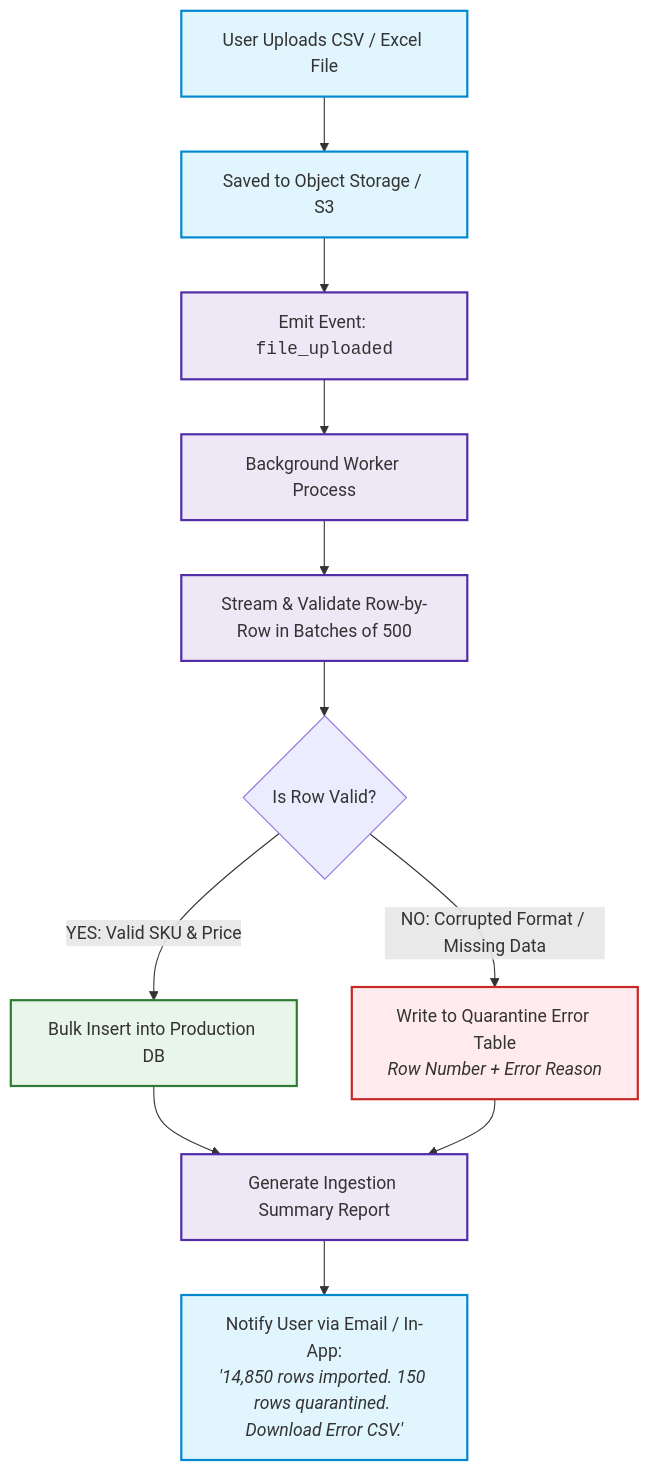
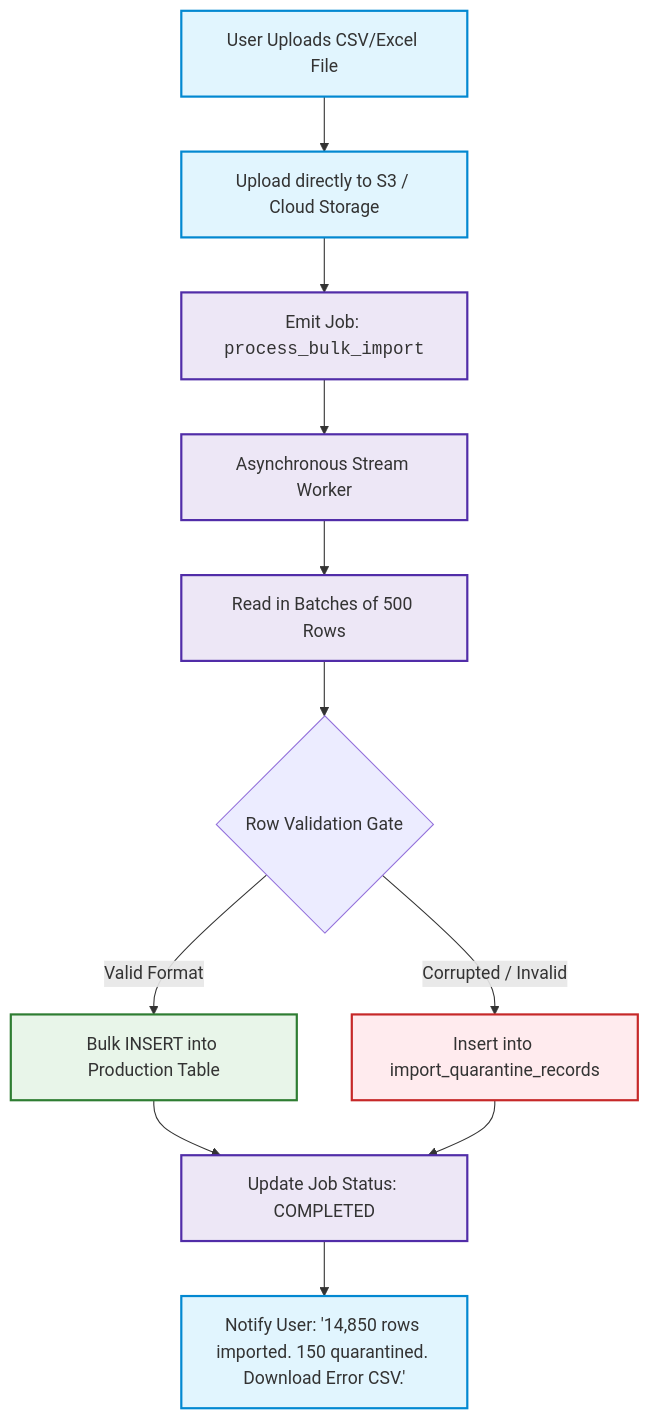
The diagram in 06-edge-cases-and-anti-failure/11-bulk-data-quarantine-pipeline.md (reviveproject4-source/OpenBSA), drawn with Mermaid before and after one commit. The commit also changed other lines of this file and 18 other files, not shown here.

````diff
--- a/06-edge-cases-and-anti-failure/11-bulk-data-quarantine-pipeline.md
+++ b/06-edge-cases-and-anti-failure/11-bulk-data-quarantine-pipeline.md
@@ -20,21 +29,21 @@
 ```mermaid
 graph TD
     classDef client fill:#e1f5fe,stroke:#0288d1,stroke-width:2px;
     classDef worker fill:#ede7f6,stroke:#512da8,stroke-width:2px;
     classDef valid fill:#e8f5e9,stroke:#2e7d32,stroke-width:2px;
     classDef error fill:#ffebee,stroke:#c62828,stroke-width:2px;
 
-    User[User Uploads CSV / Excel File]:::client --> S3[Saved to Object Storage / S3]:::client
-    S3 --> Event[Emit Event: <code>file_uploaded</code>]:::worker
-    
-    Event --> Worker[Background Worker Process]:::worker
-    Worker --> Parser[Stream & Validate Row-by-Row in Batches of 500]:::worker
+    User[User Uploads CSV/Excel File]:::client --> Storage[Upload directly to S3 / Cloud Storage]:::client
+    Storage --> Event[Emit Job: <code>process_bulk_import</code>]:::worker
 
-    Parser --> Check{Is Row Valid?}
-    Check -->|YES: Valid SKU & Price| BatchInsert[Bulk Insert into Production DB]:::valid
-    Check -->|NO: Corrupted Format / Missing Data| Quarantine[Write to Quarantine Error Table<br/><i>Row Number + Error Reason</i>]:::error
+    Event --> Worker[Asynchronous Stream Worker]:::worker
+    Worker --> Batch[Read in Batches of 500 Rows]:::worker
 
-    BatchInsert --> Summary[Generate Ingestion Summary Report]:::worker
-    Quarantine --> Summary
-    Summary --> Notification[Notify User via Email / In-App:<br/><i>'14,850 rows imported. 150 rows quarantined. Download Error CSV.'</i>]:::client
+    Batch --> Validate{Row Validation Gate}
+    Validate -->|Valid Format| Insert[Bulk INSERT into Production Table]:::valid
+    Validate -->|Corrupted / Invalid| Quarantine[Insert into import_quarantine_records]:::error
+
+    Insert --> Complete[Update Job Status: COMPLETED]:::worker
+    Quarantine --> Complete
+    Complete --> Notify[Notify User: '14,850 rows imported. 150 quarantined. Download Error CSV.']:::client
 ```
````
